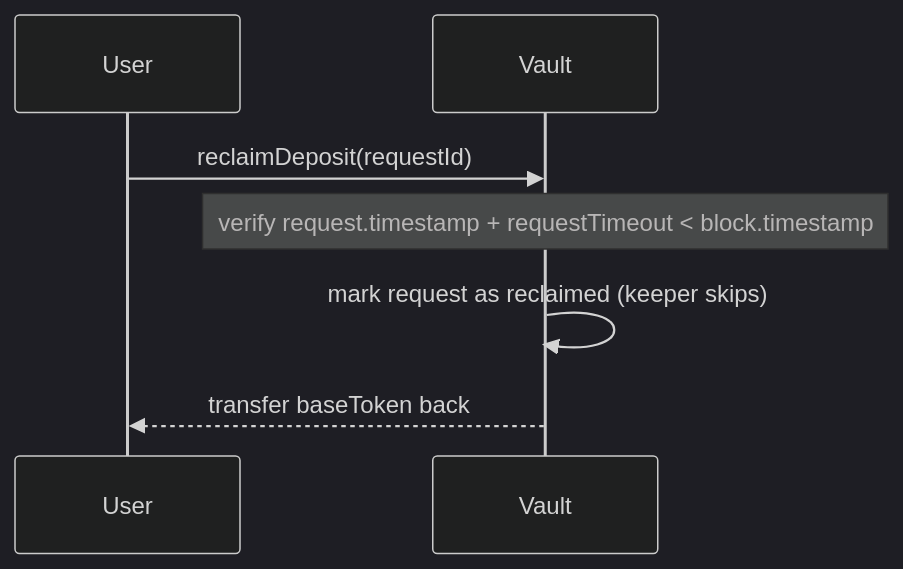
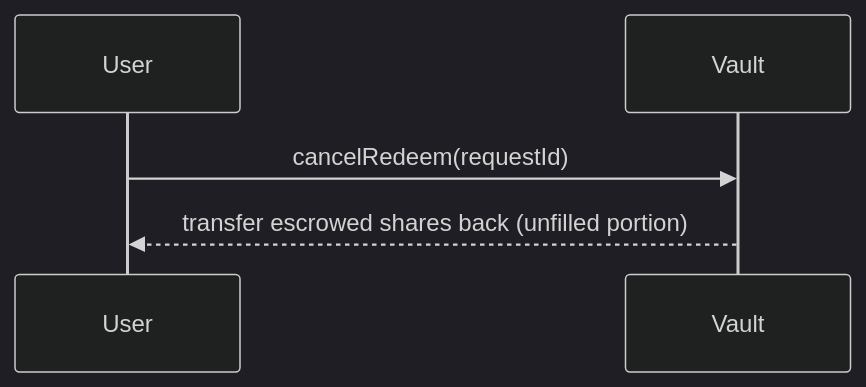
Before and after one commit to evgenynacu/leverage-vaults: the seventh of 8 diagrams in docs/architecture/token-flows.md, drawn with Mermaid (dark theme). The commit also changed other lines of this file and 25 other files, not shown here.

````diff
--- a/docs/architecture/token-flows.md
+++ b/docs/architecture/token-flows.md
@@ -128,7 +130,5 @@
 ```mermaid
 sequenceDiagram
-    User->>Vault: reclaimDeposit(requestId)
-    Note over Vault: verify request.timestamp + requestTimeout < block.timestamp
-    Vault->>Vault: mark request as reclaimed (keeper skips)
-    Vault-->>User: transfer baseToken back
+    User->>Vault: cancelRedeem(requestId)
+    Vault-->>User: transfer escrowed shares back (unfilled portion)
 ```
````
